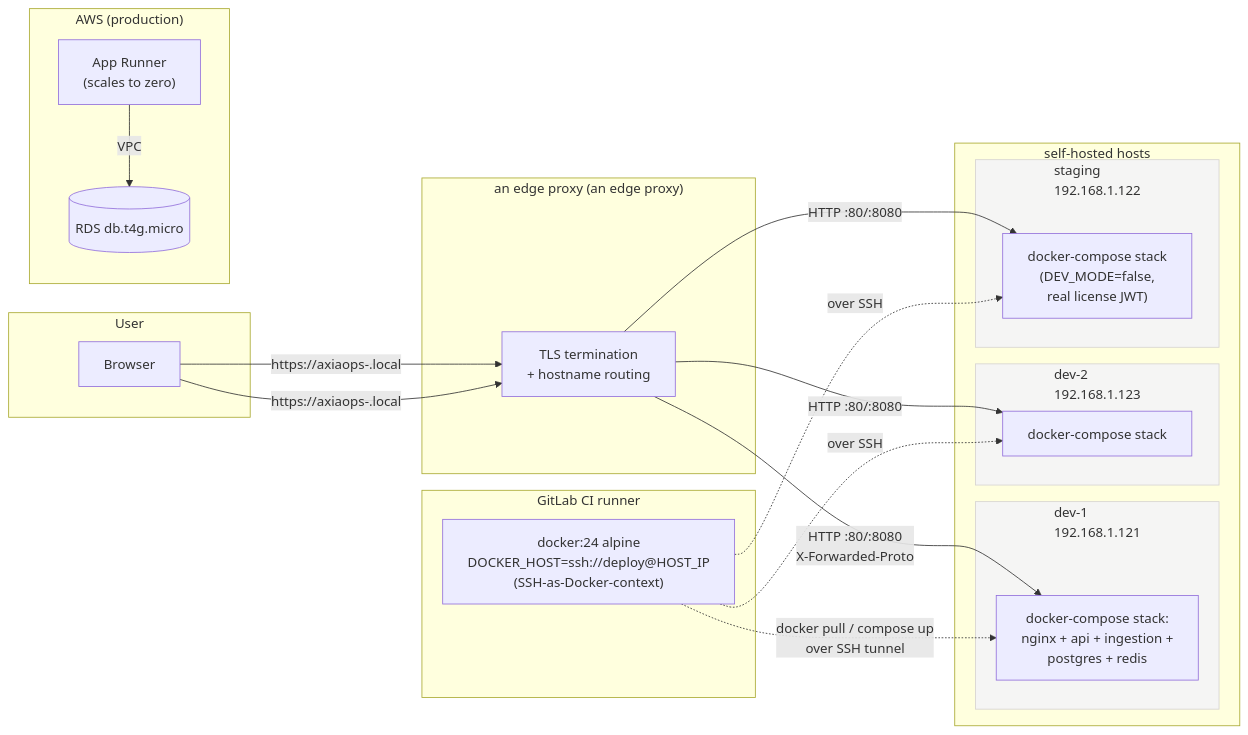
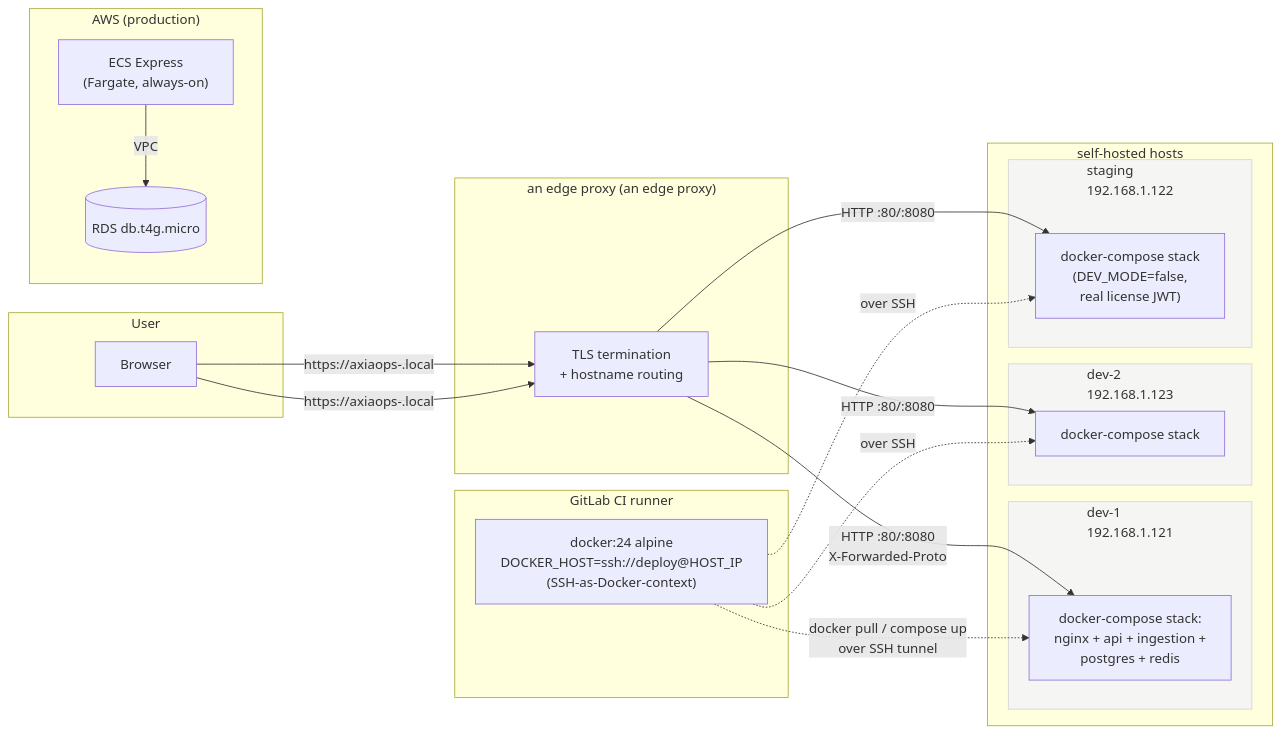
The third of 8 diagrams in docs/ARCHITECTURE.md (ahmd-soliman/axiaops), drawn with Mermaid before and after one commit. The commit also changed 7 other files, not shown here.

First line of the commit message:
docs: purge residual App Runner references; reframe to ECS Express

````diff
--- a/docs/ARCHITECTURE.md
+++ b/docs/ARCHITECTURE.md
@@ -161,44 +161,44 @@
 ```mermaid
 flowchart LR
     subgraph user_browser["User"]
         ub["Browser"]
     end
 
     subgraph npm_layer["an edge proxy (an edge proxy)"]
         npm["TLS termination<br/>+ hostname routing"]
     end
 
     subgraph hosts["self-hosted hosts"]
         subgraph d1["dev-1<br/>192.168.1.121"]
             d1stack["docker-compose stack:<br/>nginx + api + ingestion +<br/>postgres + redis"]
         end
         subgraph d2["dev-2<br/>192.168.1.123"]
             d2stack["docker-compose stack"]
         end
         subgraph stg["staging<br/>192.168.1.122"]
             stgstack["docker-compose stack<br/>(DEV_MODE=false,<br/>real license JWT)"]
         end
     end
 
     subgraph ci["GitLab CI runner"]
         runner["docker:24 alpine<br/>DOCKER_HOST=ssh://deploy@HOST_IP<br/>(SSH-as-Docker-context)"]
     end
 
     subgraph aws_prod["AWS (production)"]
-        appr["App Runner<br/>(scales to zero)"]
+        ecs["ECS Express<br/>(Fargate, always-on)"]
         rds[("RDS db.t4g.micro")]
     end
 
     ub -->|"https://axiaops-<env>.local"| npm
     ub -->|"https://axiaops-<env>.local"| npm
     npm -->|HTTP :80/:8080<br/>X-Forwarded-Proto| d1stack
     npm -->|HTTP :80/:8080| d2stack
     npm -->|HTTP :80/:8080| stgstack
     runner -.->|"docker pull / compose up<br/>over SSH tunnel"| d1stack
     runner -.->|over SSH| d2stack
     runner -.->|over SSH| stgstack
-    appr -->|VPC| rds
+    ecs -->|VPC| rds
 
     classDef host fill:#F5F5F4,stroke:#D6D3D1
     class d1,d2,stg host
 ```
````
